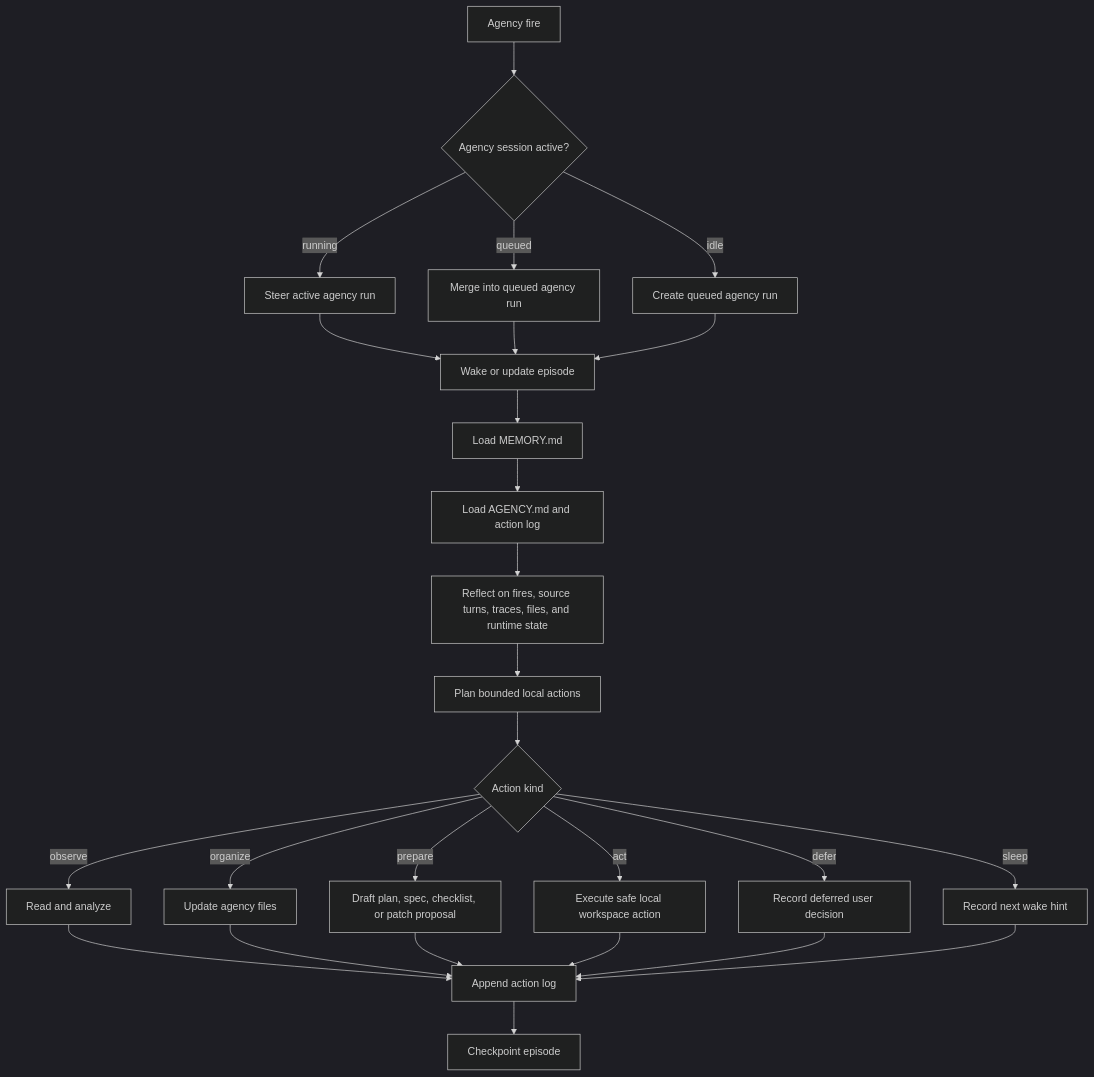
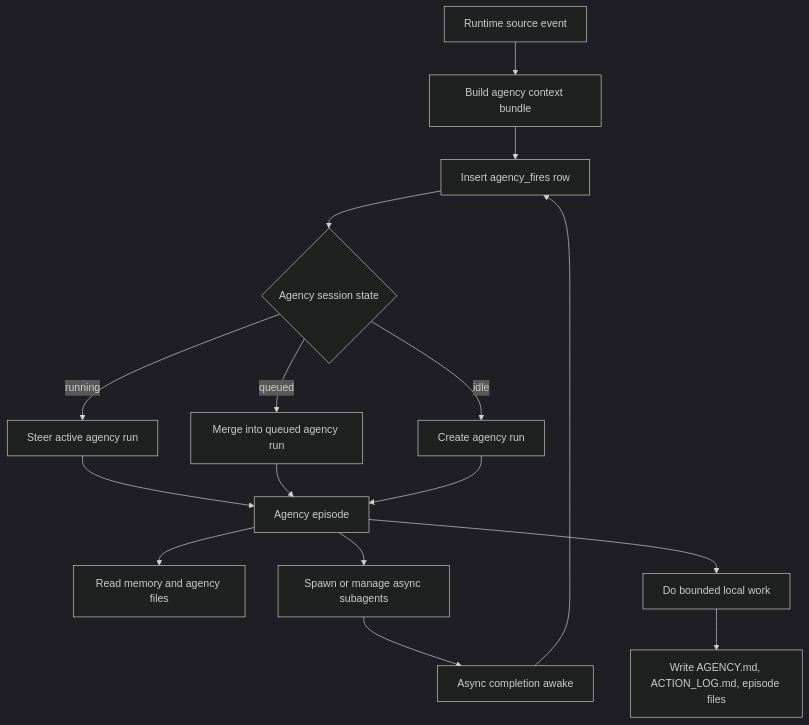
One commit to Alexsu26/ya-mono changed the first of 4 diagrams in packages/ya-claw/spec/11-session-agency.md. Above: the diagram before and after it, drawn with Mermaid (dark theme). The commit also changed other lines of this file and 18 other files, not shown here.

````diff
--- a/packages/ya-claw/spec/11-session-agency.md
+++ b/packages/ya-claw/spec/11-session-agency.md
@@ -32,28 +31,18 @@
 ```mermaid
 flowchart TD
-    FIRE[Agency fire] --> G{Agency session active?}
-    G -->|running| ST[Steer active agency run]
-    G -->|queued| M[Merge into queued agency run]
-    G -->|idle| Q[Create queued agency run]
-    ST --> W[Wake or update episode]
-    M --> W
-    Q --> W
-    W --> MEM[Load MEMORY.md]
-    MEM --> IDX[Load AGENCY.md and action log]
-    IDX --> R[Reflect on fires, source turns, traces, files, and runtime state]
-    R --> P[Plan bounded local actions]
-    P --> X{Action kind}
-    X -->|observe| O[Read and analyze]
-    X -->|organize| ORG[Update agency files]
-    X -->|prepare| D[Draft plan, spec, checklist, or patch proposal]
-    X -->|act| A[Execute safe local workspace action]
-    X -->|defer| DF[Record deferred user decision]
-    X -->|sleep| S[Record next wake hint]
-    O --> L[Append action log]
-    ORG --> L
-    D --> L
-    A --> L
-    DF --> L
-    S --> L
-    L --> C[Checkpoint episode]
+    SRC[Runtime source event] --> B[Build agency context bundle]
+    B --> F[Insert agency_fires row]
+    F --> D{Agency session state}
+    D -->|running| ST[Steer active agency run]
+    D -->|queued| M[Merge into queued agency run]
+    D -->|idle| R[Create agency run]
+    ST --> EP[Agency episode]
+    M --> EP
+    R --> EP
+    EP --> MEM[Read memory and agency files]
+    EP --> ASYNC[Spawn or manage async subagents]
+    EP --> WORK[Do bounded local work]
+    WORK --> LOG[Write AGENCY.md, ACTION_LOG.md, episode files]
+    ASYNC --> AWAKE[Async completion awake]
+    AWAKE --> F
 ```
````
